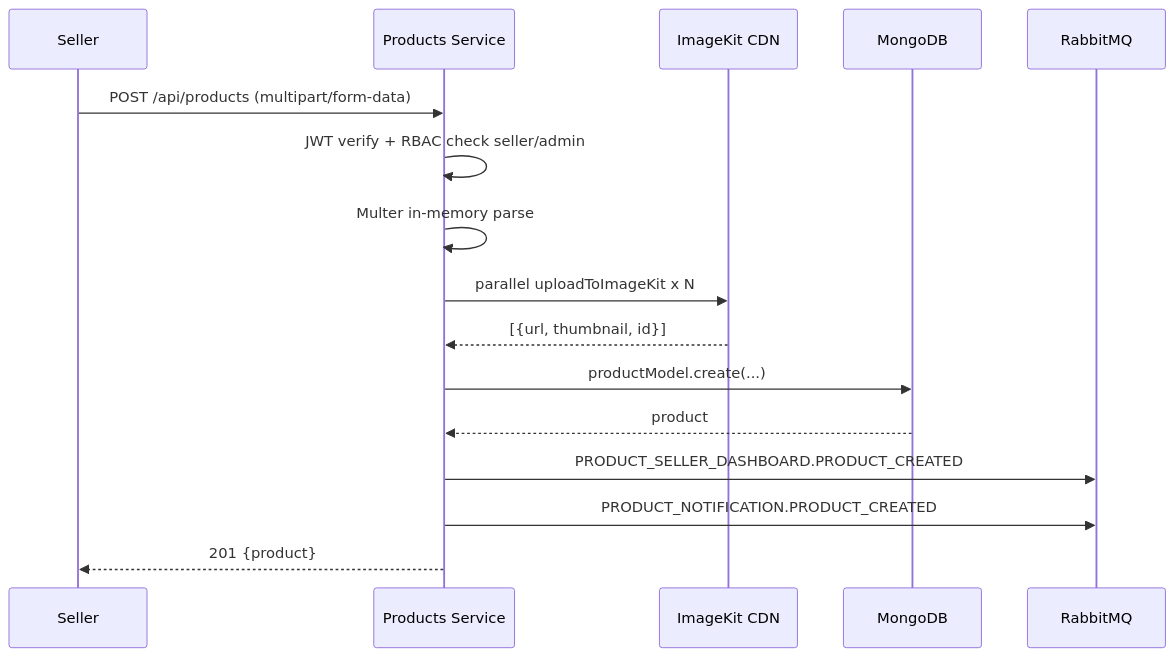
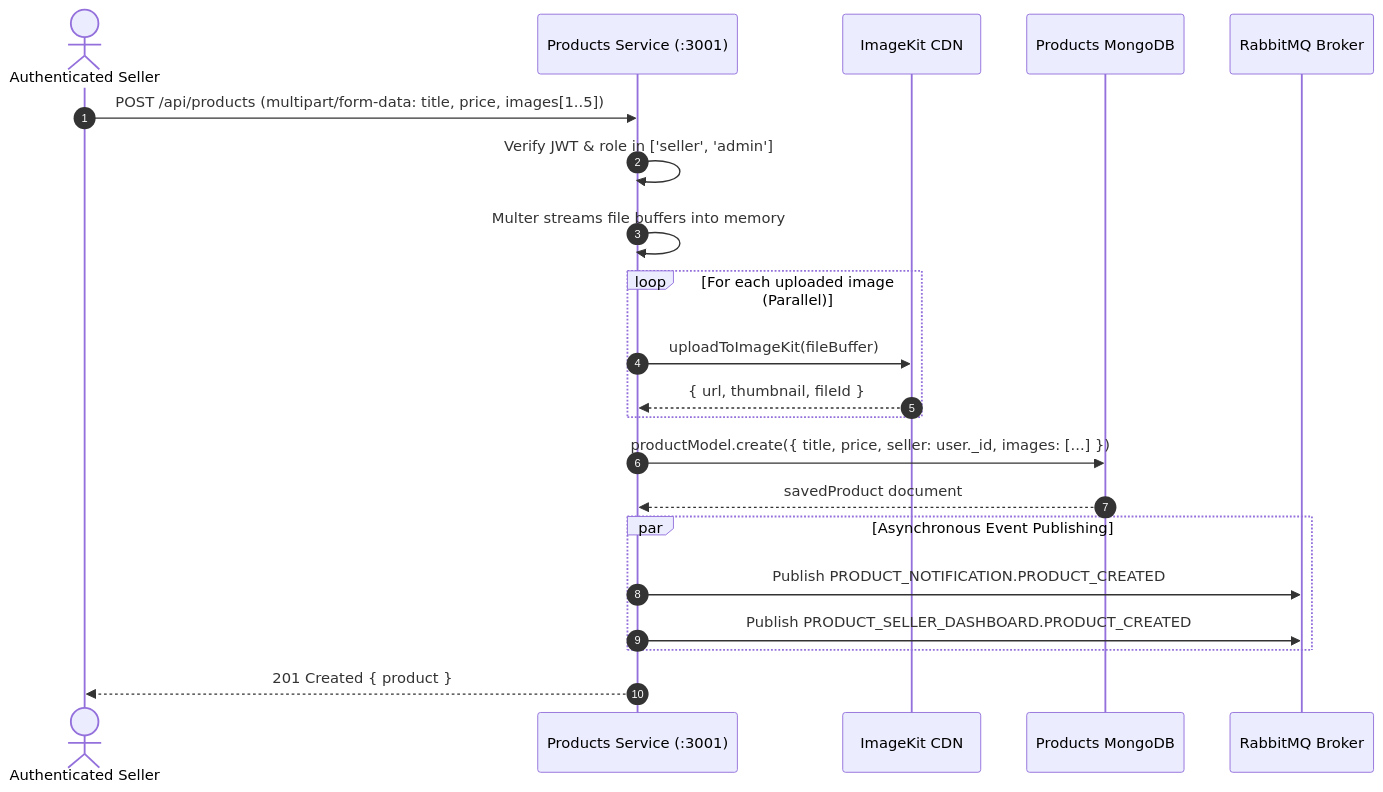
The fifth of 17 diagrams in README.md (itsam-13/Vendora), drawn with Mermaid before and after one commit. The commit also changed other lines of this file, not shown here.

Commit message:
docs: update README.md with comprehensive microservices architecture and event topology

````diff
--- a/README.md
+++ b/README.md
@@ -416,19 +538,24 @@
 ```mermaid
 sequenceDiagram
-    participant S as Seller
-    participant P as Products Service
+    autonumber
+    actor Seller as Authenticated Seller
+    participant Prod as Products Service (:3001)
     participant IK as ImageKit CDN
-    participant DB as MongoDB
-    participant MQ as RabbitMQ
+    participant DB as Products MongoDB
+    participant MQ as RabbitMQ Broker
 
-    S->>P: POST /api/products (multipart/form-data)
-    P->>P: JWT verify + RBAC check seller/admin
-    P->>P: Multer in-memory parse
-    P->>IK: parallel uploadToImageKit x N
-    IK-->>P: [{url, thumbnail, id}]
-    P->>DB: productModel.create(...)
-    DB-->>P: product
-    P->>MQ: PRODUCT_SELLER_DASHBOARD.PRODUCT_CREATED
-    P->>MQ: PRODUCT_NOTIFICATION.PRODUCT_CREATED
-    P-->>S: 201 {product}
+    Seller->>Prod: POST /api/products (multipart/form-data: title, price, images[1..5])
+    Prod->>Prod: Verify JWT & role in ['seller', 'admin']
+    Prod->>Prod: Multer streams file buffers into memory
+    loop For each uploaded image (Parallel)
+        Prod->>IK: uploadToImageKit(fileBuffer)
+        IK-->>Prod: { url, thumbnail, fileId }
+    end
+    Prod->>DB: productModel.create({ title, price, seller: user._id, images: [...] })
+    DB-->>Prod: savedProduct document
+    par Asynchronous Event Publishing
+        Prod->>MQ: Publish PRODUCT_NOTIFICATION.PRODUCT_CREATED
+        Prod->>MQ: Publish PRODUCT_SELLER_DASHBOARD.PRODUCT_CREATED
+    end
+    Prod-->>Seller: 201 Created { product }
 ```
````
